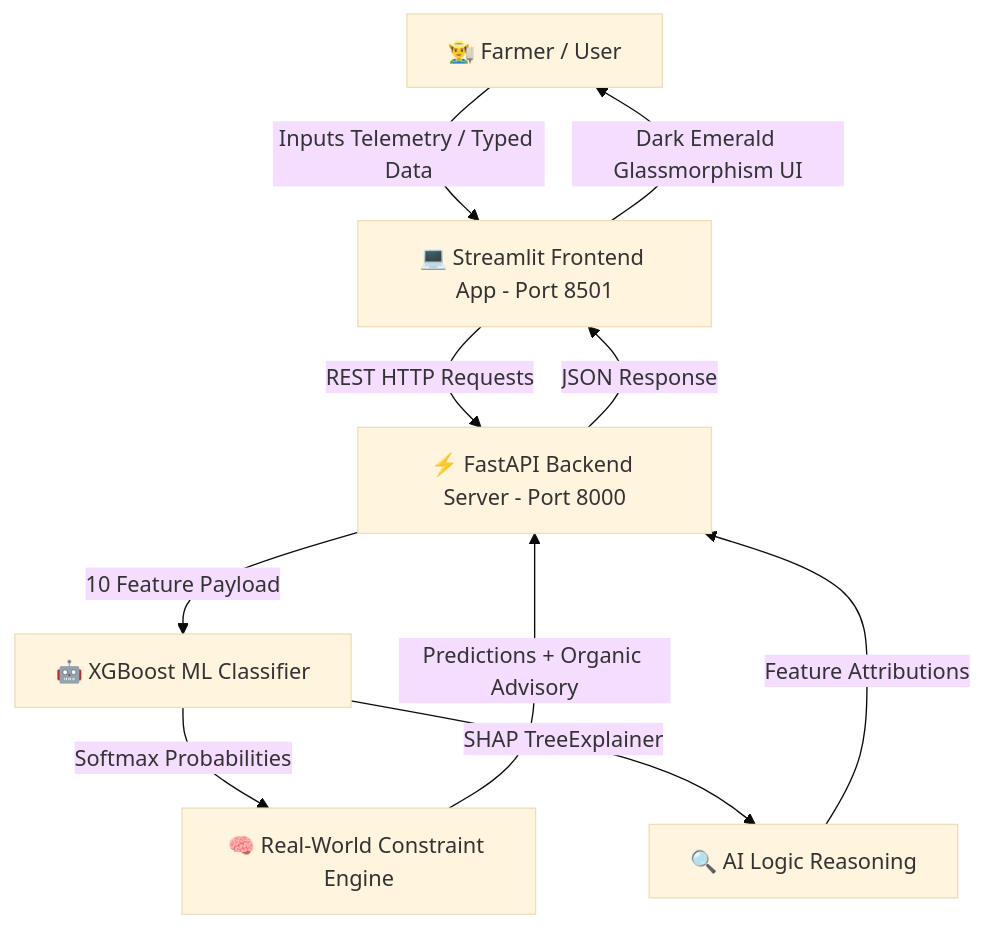
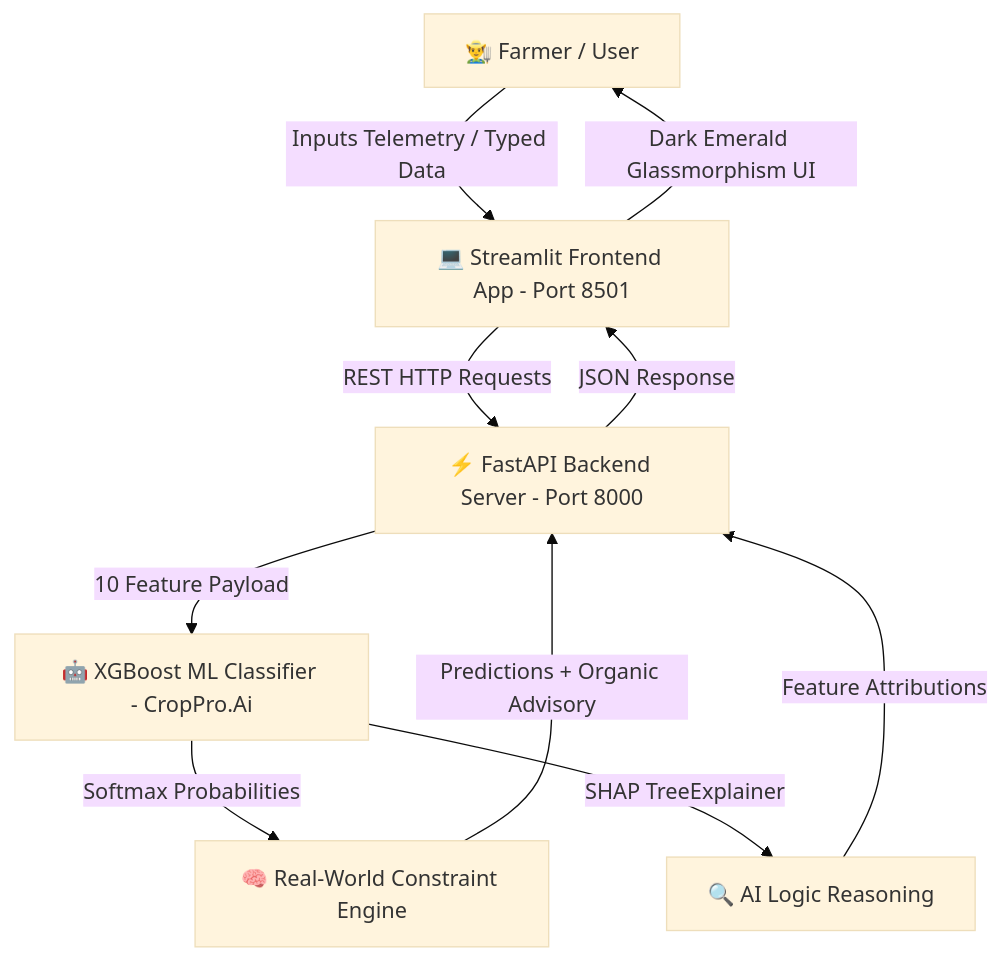
The diagram in README.md (bhosale-atharv/TechRush_2026), drawn with Mermaid (base theme) before and after one commit. The commit also changed other lines of this file and 4 other files, not shown here.

Commit message:
Update essential Maharashtra crop hub datasets with NPK inputs and rename model to CropPro.Ai

````diff
--- a/README.md
+++ b/README.md
@@ -32,12 +32,12 @@
 ```mermaid
 graph TD
     A[👨‍🌾 Farmer / User] -->|Inputs Telemetry / Typed Data| B[💻 Streamlit Frontend App - Port 8501]
     B -->|REST HTTP Requests| C[⚡ FastAPI Backend Server - Port 8000]
-    C -->|10 Feature Payload| D[🤖 XGBoost ML Classifier]
+    C -->|10 Feature Payload| D[🤖 XGBoost ML Classifier - CropPro.Ai]
     D -->|Softmax Probabilities| E[🧠 Real-World Constraint Engine]
     D -->|SHAP TreeExplainer| F[🔍 AI Logic Reasoning]
     E -->|Predictions + Organic Advisory| C
     F -->|Feature Attributions| C
     C -->|JSON Response| B
     B -->|Dark Emerald Glassmorphism UI| A
 ```
````
